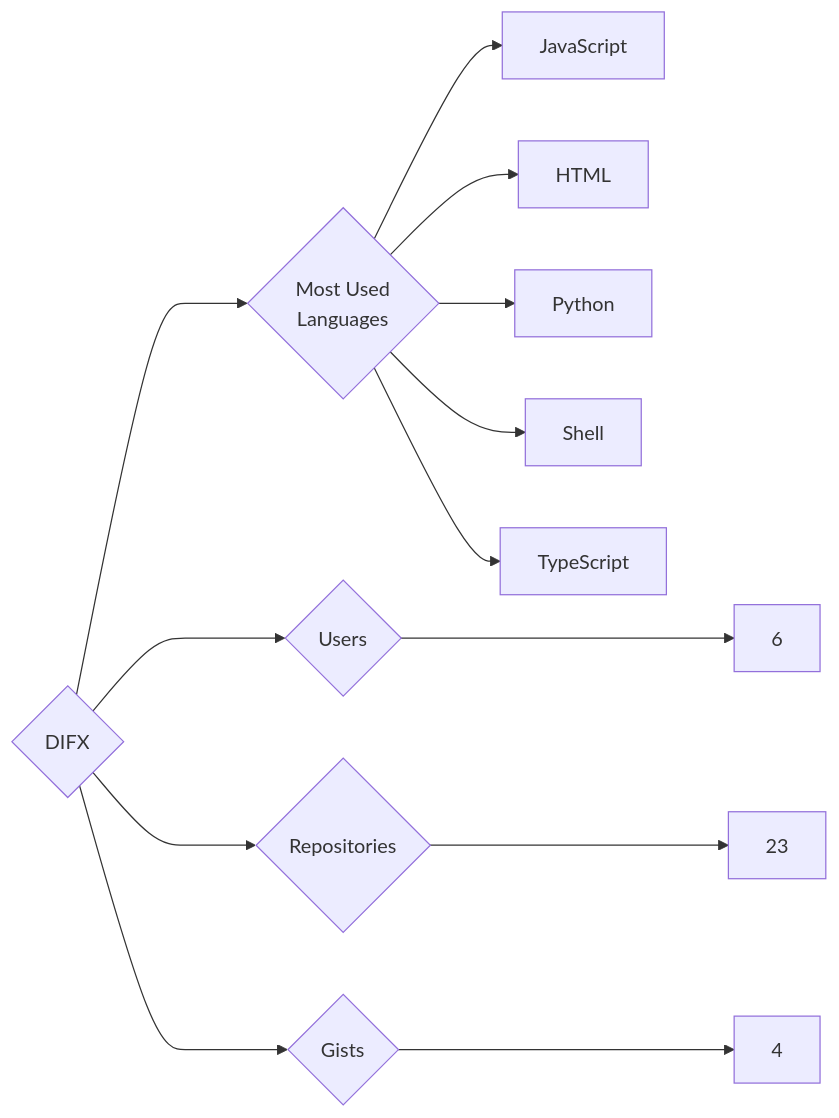
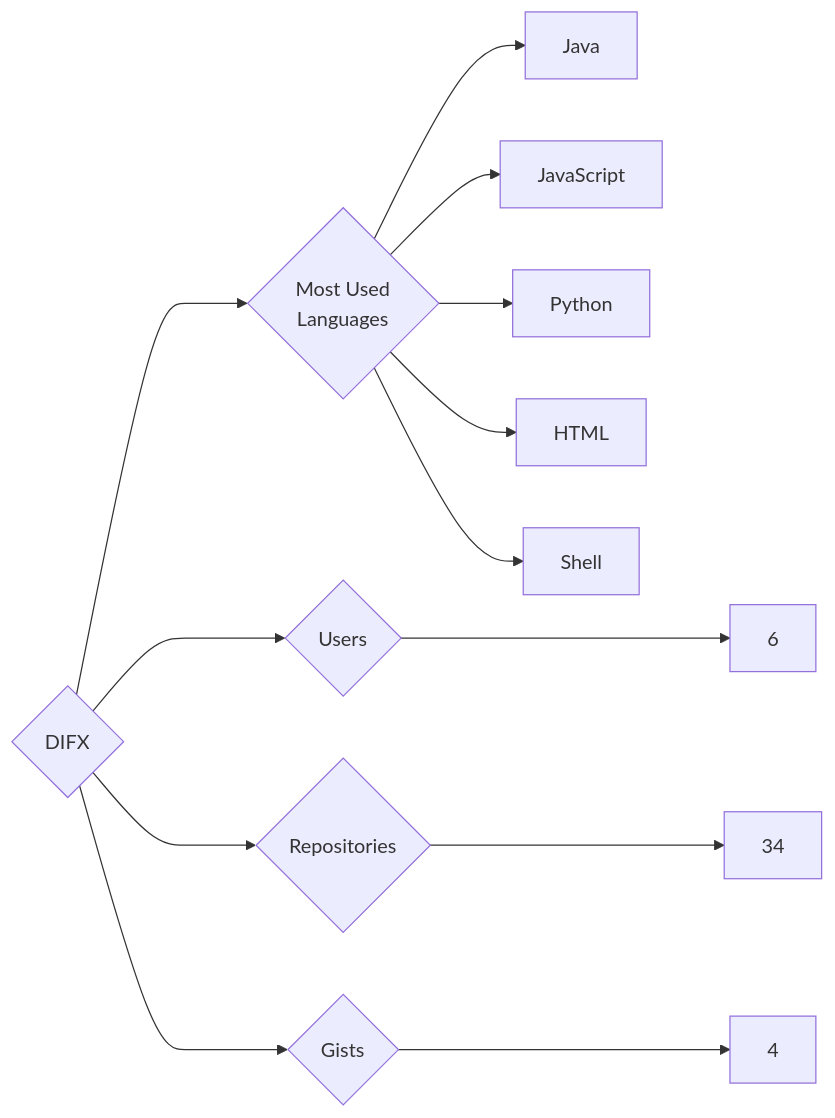
Before and after one commit to trickest/insiders: the diagram in targets/DIFX/README.md, drawn with Mermaid. The commit also changed 997 other files, not shown here.

````diff
--- a/targets/DIFX/README.md
+++ b/targets/DIFX/README.md
@@ -3,13 +3,13 @@
 ```mermaid
 graph LR
 COMPANY_NAME{DIFX}
 COMPANY_NAME ---> U{Users} ---> UN[6]
-COMPANY_NAME ---> R{Repositories} ---> RN[23]
+COMPANY_NAME ---> R{Repositories} ---> RN[34]
 COMPANY_NAME ---> G{Gists} ---> GN[4]
 COMPANY_NAME ---> ML{Most Used<br>Languages}
+ML --> Java[Java]
 ML --> JavaScript[JavaScript]
+ML --> Python[Python]
 ML --> HTML[HTML]
-ML --> Python[Python]
 ML --> Shell[Shell]
-ML --> TypeScript[TypeScript]
 ```
````
